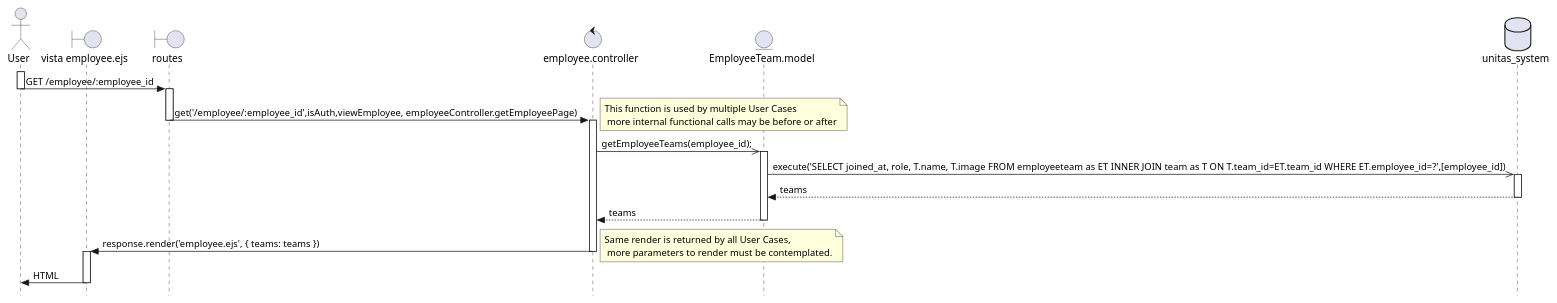
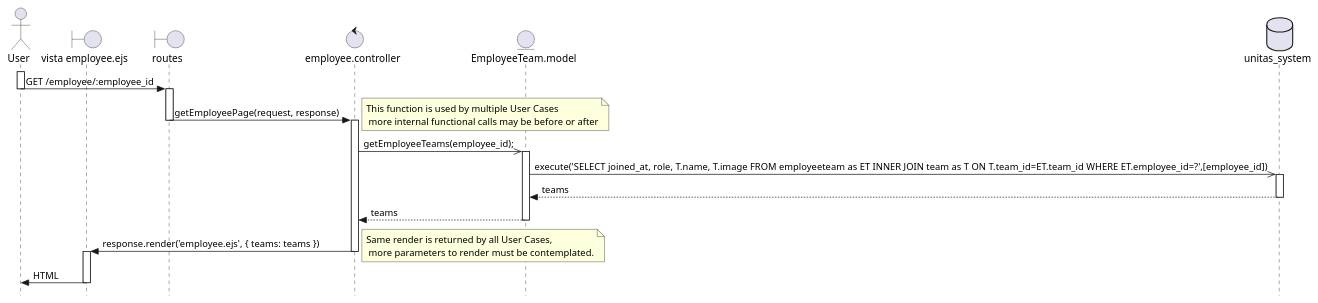
Before and after one commit to Berthou05/LimboSoftwareDevelopment_Change.org: the diagram in documentation/sequence_diagrams/EMP-02-SD.puml, drawn with PlantUML. The commit also changed 7 other files, not shown here.

```diff
--- a/documentation/sequence_diagrams/EMP-02-SD.puml
+++ b/documentation/sequence_diagrams/EMP-02-SD.puml
@@ -1,34 +1,34 @@
 @startuml
 skinparam style strictuml
 
 actor User as U
 boundary "vista employee.ejs" as V
 boundary "routes" as RO
 control "employee.controller" as C
 entity "EmployeeTeam.model" as ET
 database "unitas_system" as BD
 
 activate U
 U->RO: GET /employee/:employee_id
 deactivate U
     activate RO
-    RO -> C: get('/employee/:employee_id',isAuth,viewEmployee, employeeController.getEmployeePage)
+    RO -> C: getEmployeePage(request, response)
     deactivate RO
         activate C
         note right: This function is used by multiple User Cases\n more internal functional calls may be before or after
         C->>ET: getEmployeeTeams(employee_id);
             activate ET
             ET->>BD: execute('SELECT joined_at, role, T.name, T.image FROM employeeteam as ET INNER JOIN team as T ON T.team_id=ET.team_id WHERE ET.employee_id=?',[employee_id])
                 activate BD
                 BD-->ET: teams
                 deactivate BD
             ET-->C: teams
             deactivate ET
         C->V: response.render('employee.ejs', { teams: teams })
         note right: Same render is returned by all User Cases, \n more parameters to render must be contemplated.
         deactivate C
     activate V
     V->U: HTML
     deactivate V
 
 @enduml
```
